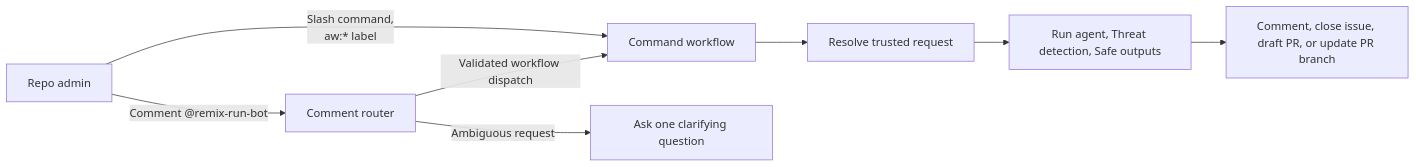
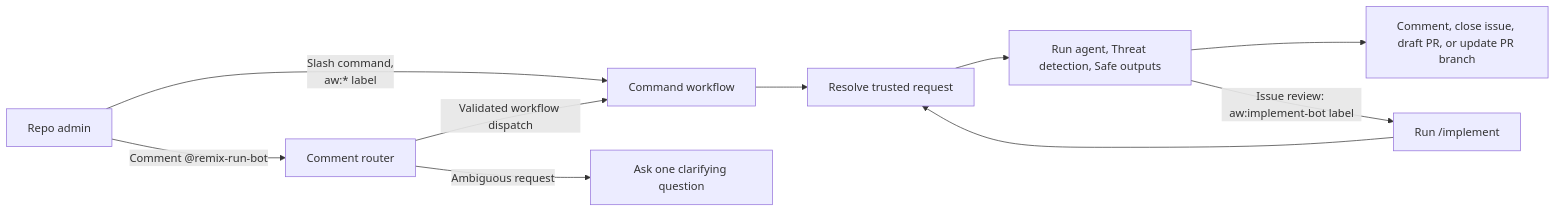
One commit to remix-run/remix changed the diagram in MAINTAINING.md. Above: the diagram before and after it, drawn with Mermaid. The commit also changed other lines of this file and 12 other files, not shown here.

Commit message:
Fix workflow label routing and allow issue review handoffs

````diff
--- a/MAINTAINING.md
+++ b/MAINTAINING.md
@@ -110,11 +110,13 @@
 ```mermaid
 flowchart LR
   Admin[Repo admin]
   Admin -->|Slash command,\naw:* label| Command[Command workflow]
   Admin -->|Comment @remix-run-bot| Router[Comment router]
   Router -->|Ambiguous request| Clarify[Ask one clarifying question]
   Router -->|Validated workflow dispatch| Command
   Command --> Request[Resolve trusted request]
   Request --> GH[Run agent, Threat detection, Safe outputs]
   GH --> Result[Comment, close issue, draft PR, or update PR branch]
+  GH -->|Issue review: aw:implement-bot label| Implement[Run /implement]
+  Implement --> Request
 ```
````
